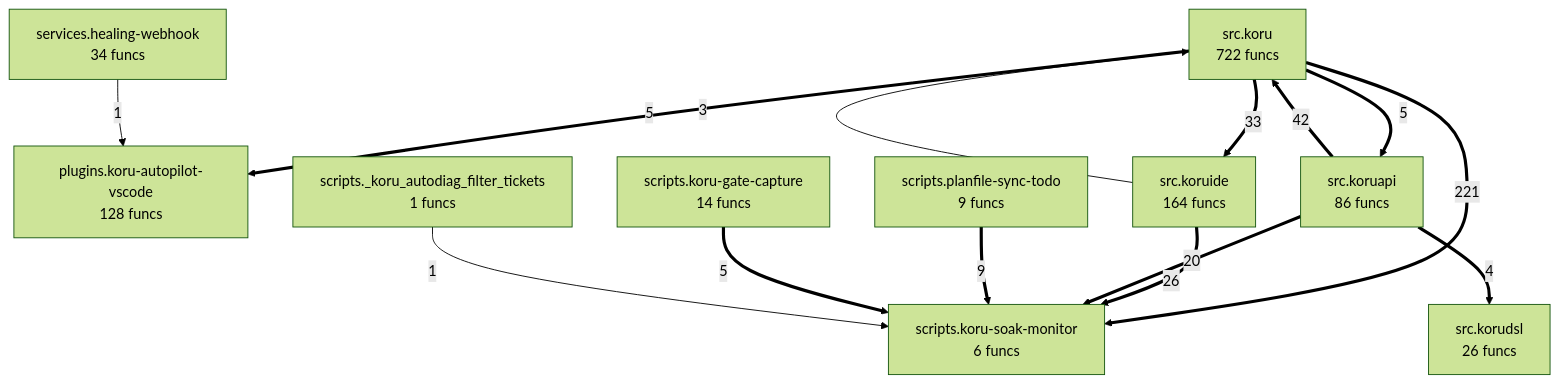
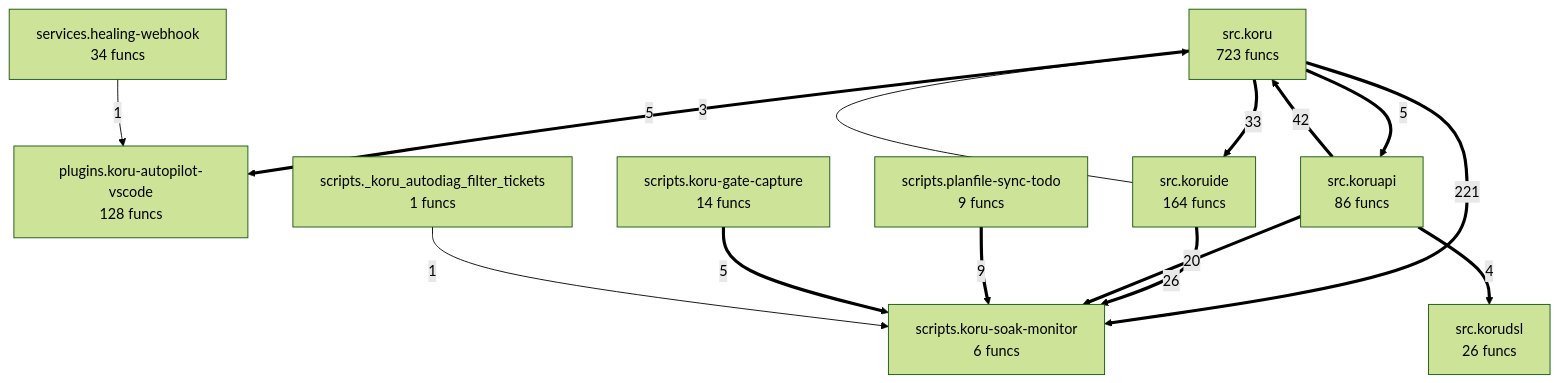
The diagram in project/compact_flow.mmd (semcod/koru), drawn with Mermaid (forest theme) before and after one commit. The commit also changed 25 other files, not shown here.

```diff
--- a/project/compact_flow.mmd
+++ b/project/compact_flow.mmd
@@ -1,25 +1,25 @@
 flowchart TD
-%% generated in 0.04s
+%% generated in 0.03s
     plugins__koru_autopilot_vscode["plugins.koru-autopilot-vscode<br/>128 funcs"]
     scripts___koru_autodiag_filter_tickets["scripts._koru_autodiag_filter_tickets<br/>1 funcs"]
     scripts__koru_gate_capture["scripts.koru-gate-capture<br/>14 funcs"]
     scripts__koru_soak_monitor["scripts.koru-soak-monitor<br/>6 funcs"]
     scripts__planfile_sync_todo["scripts.planfile-sync-todo<br/>9 funcs"]
     services__healing_webhook["services.healing-webhook<br/>34 funcs"]
-    src__koru["src.koru<br/>722 funcs"]
+    src__koru["src.koru<br/>723 funcs"]
     src__koruapi["src.koruapi<br/>86 funcs"]
     src__korudsl["src.korudsl<br/>26 funcs"]
     src__koruide["src.koruide<br/>164 funcs"]
     src__koru ==>|221| scripts__koru_soak_monitor
     src__koruapi ==>|42| src__koru
     src__koru ==>|33| src__koruide
     src__koruide ==>|26| scripts__koru_soak_monitor
     src__koruapi ==>|20| scripts__koru_soak_monitor
     scripts__planfile_sync_todo ==>|9| scripts__koru_soak_monitor
     src__koru ==>|5| plugins__koru_autopilot_vscode
     src__koru ==>|5| src__koruapi
     scripts__koru_gate_capture ==>|5| scripts__koru_soak_monitor
     src__koruapi ==>|4| src__korudsl
     src__koruide -->|3| src__koru
     services__healing_webhook -->|1| plugins__koru_autopilot_vscode
     scripts___koru_autodiag_filter_tickets -->|1| scripts__koru_soak_monitor
```
